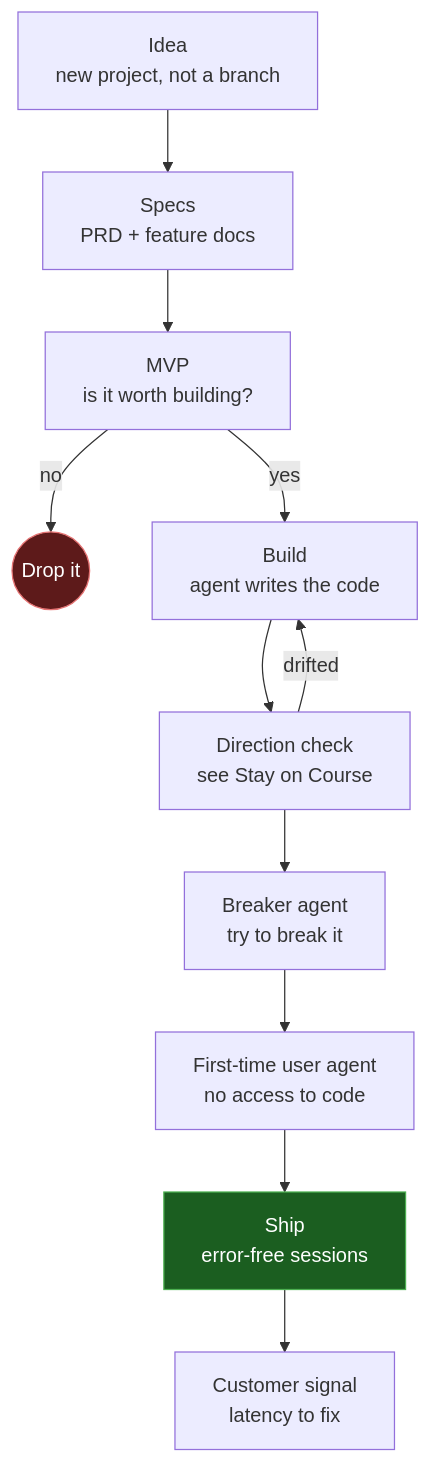
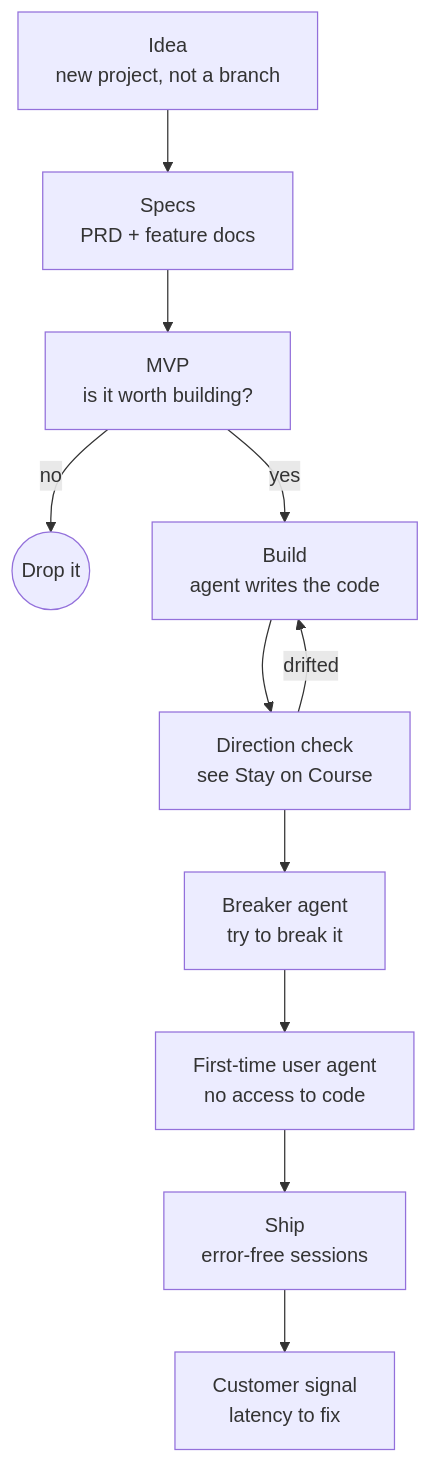
The diagram in docs/Develop-Code/AI-Development/Workflows/vercel-ai-workflow.md (sdelrio/golden-forest), drawn with Mermaid before and after one commit. The commit also changed 19 other files, not shown here.

First line of the commit message:
feat(theme): add ink plate mermaid diagrams (#377)

````diff
--- a/docs/Develop-Code/AI-Development/Workflows/vercel-ai-workflow.md
+++ b/docs/Develop-Code/AI-Development/Workflows/vercel-ai-workflow.md
@@ -17,16 +17,15 @@
 ```mermaid
 flowchart TD
     I["Idea<br/>new project, not a branch"] --> S["Specs<br/>PRD + feature docs"]
     S --> M["MVP<br/>is it worth building?"]
     M -->|"no"| X(("Drop it"))
     M -->|"yes"| B["Build<br/>agent writes the code"]
     B --> D["Direction check<br/>see Stay on Course"]
     D -->|"drifted"| B
     D --> K["Breaker agent<br/>try to break it"]
     K --> F["First-time user agent<br/>no access to code"]
     F --> P["Ship<br/>error-free sessions"]
     P --> C["Customer signal<br/>latency to fix"]
 
-    style X fill:#5d1a1a,stroke:#e57373,color:#fff
-    style P fill:#1b5e20,stroke:#4caf50,color:#fff
+    class P highlight
 ```
````
